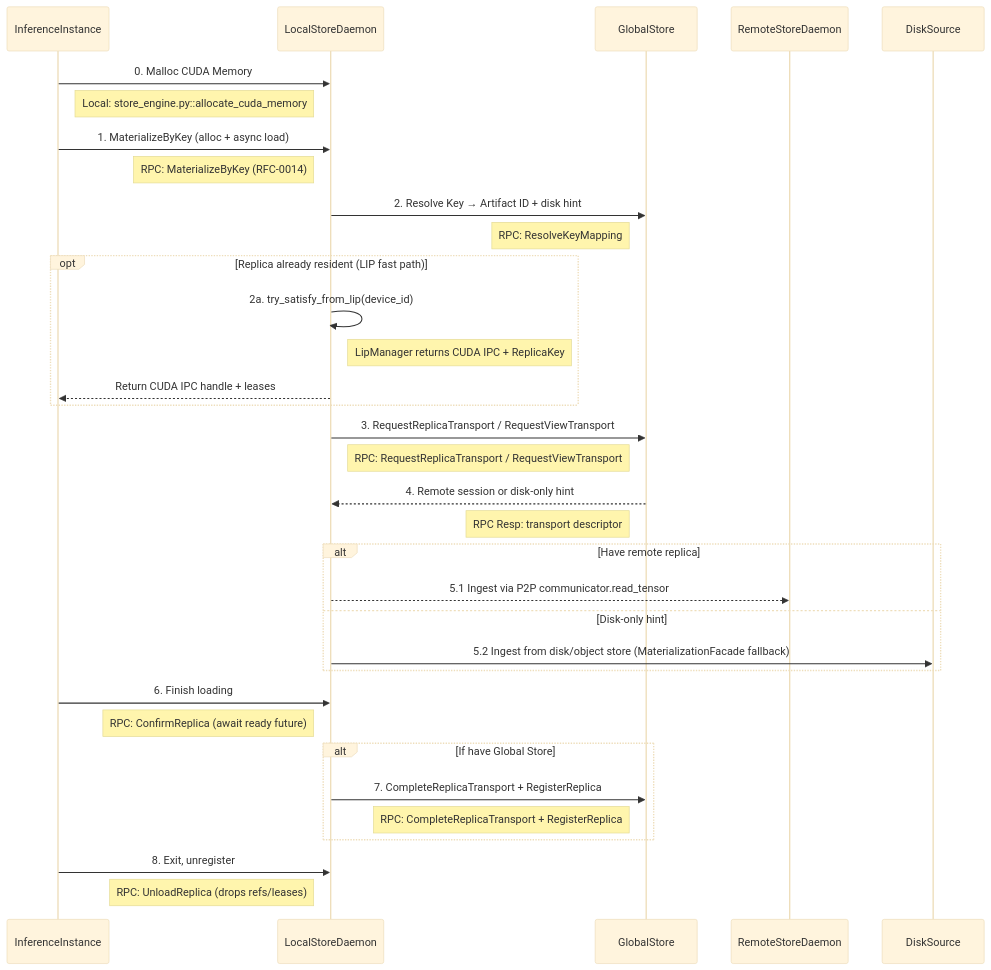
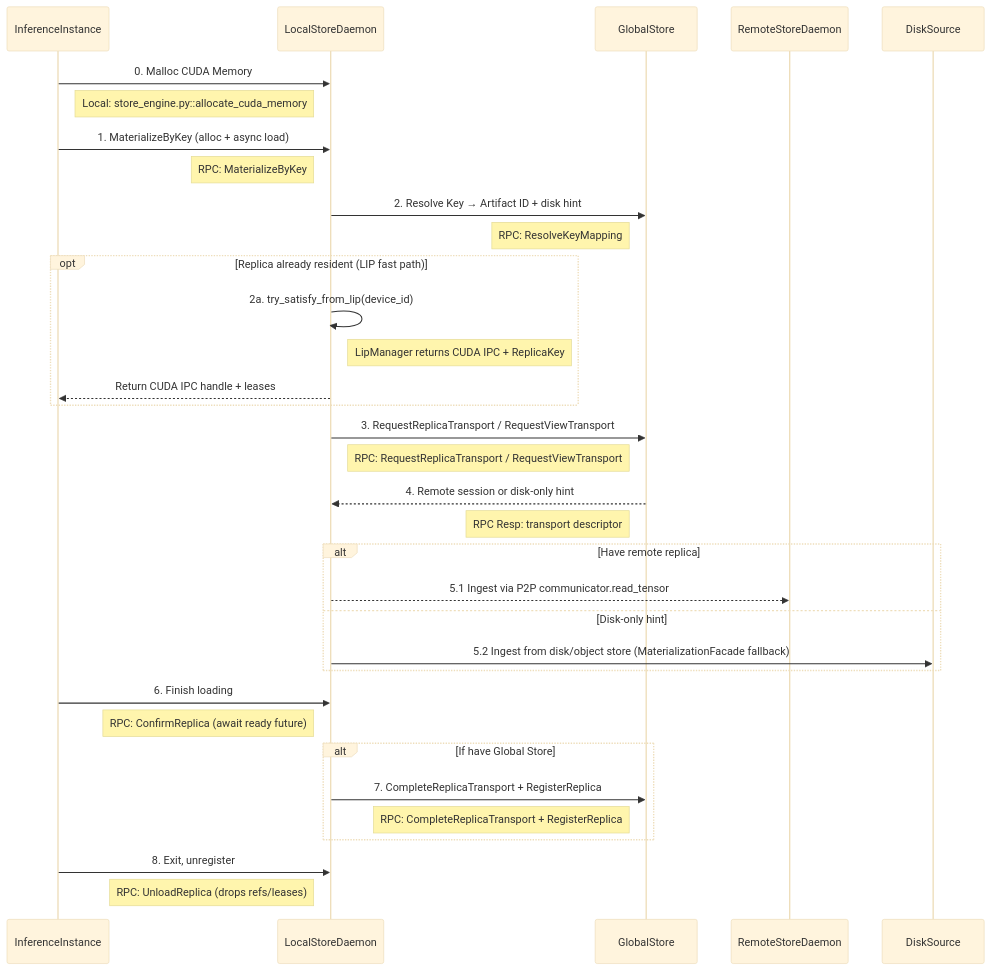
One commit to tensorcast-ai/tensorcast changed the diagram in docs/internals/model-loading.md. Above: the diagram before and after it, drawn with Mermaid (base theme). The commit also changed other lines of this file and 48 other files, not shown here.

````diff
--- a/docs/internals/model-loading.md
+++ b/docs/internals/model-loading.md
@@ -38,45 +38,45 @@
 ```mermaid
 sequenceDiagram
     participant InferenceInstance
     participant LocalStoreDaemon
     participant GlobalStore
     participant RemoteStoreDaemon
     participant DiskSource
 
     InferenceInstance->>LocalStoreDaemon: 0. Malloc CUDA Memory
     Note right of InferenceInstance: Local: store_engine.py::allocate_cuda_memory
 
     InferenceInstance->>LocalStoreDaemon: 1. MaterializeByKey (alloc + async load)
-    Note left of LocalStoreDaemon: RPC: MaterializeByKey (RFC‑0014)
+    Note left of LocalStoreDaemon: RPC: MaterializeByKey
 
     LocalStoreDaemon->>GlobalStore: 2. Resolve Key → Artifact ID + disk hint
     Note left of GlobalStore: RPC: ResolveKeyMapping
 
     opt Replica already resident (LIP fast path)
         LocalStoreDaemon->>LocalStoreDaemon: 2a. try_satisfy_from_lip(device_id)
         Note right of LocalStoreDaemon: LipManager returns CUDA IPC + ReplicaKey
         LocalStoreDaemon-->>InferenceInstance: Return CUDA IPC handle + leases
     end
 
     LocalStoreDaemon->>GlobalStore: 3. RequestReplicaTransport / RequestViewTransport
     Note left of GlobalStore: RPC: RequestReplicaTransport / RequestViewTransport
     GlobalStore-->>LocalStoreDaemon: 4. Remote session or disk-only hint
     Note left of GlobalStore: RPC Resp: transport descriptor
 
     alt Have remote replica
         LocalStoreDaemon-->>RemoteStoreDaemon: 5.1 Ingest via P2P communicator.read_tensor
     else Disk-only hint
         LocalStoreDaemon->>DiskSource: 5.2 Ingest from disk/object store (MaterializationFacade fallback)
     end
 
     InferenceInstance->>LocalStoreDaemon: 6. Finish loading
     Note left of LocalStoreDaemon: RPC: ConfirmReplica (await ready future)
 
     alt If have Global Store
         LocalStoreDaemon->>GlobalStore: 7. CompleteReplicaTransport + RegisterReplica
         Note left of GlobalStore: RPC: CompleteReplicaTransport + RegisterReplica
     end
 
     InferenceInstance->>LocalStoreDaemon: 8. Exit, unregister
     Note left of LocalStoreDaemon: RPC: UnloadReplica (drops refs/leases)
 ```
````
